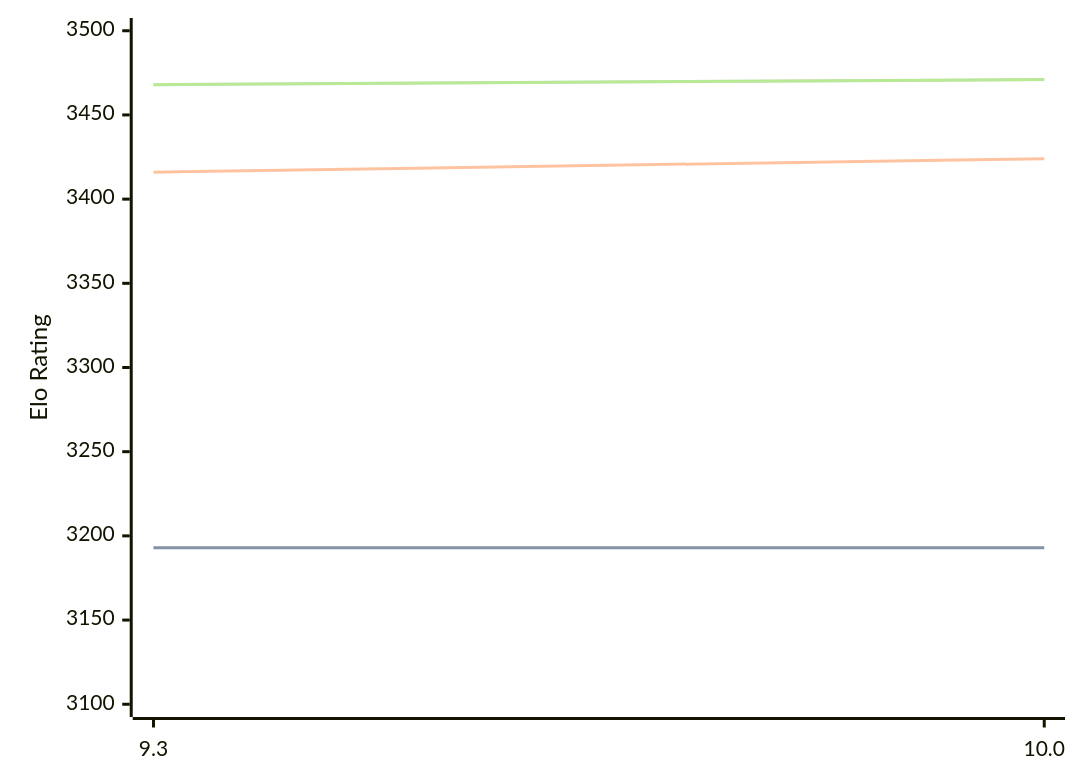
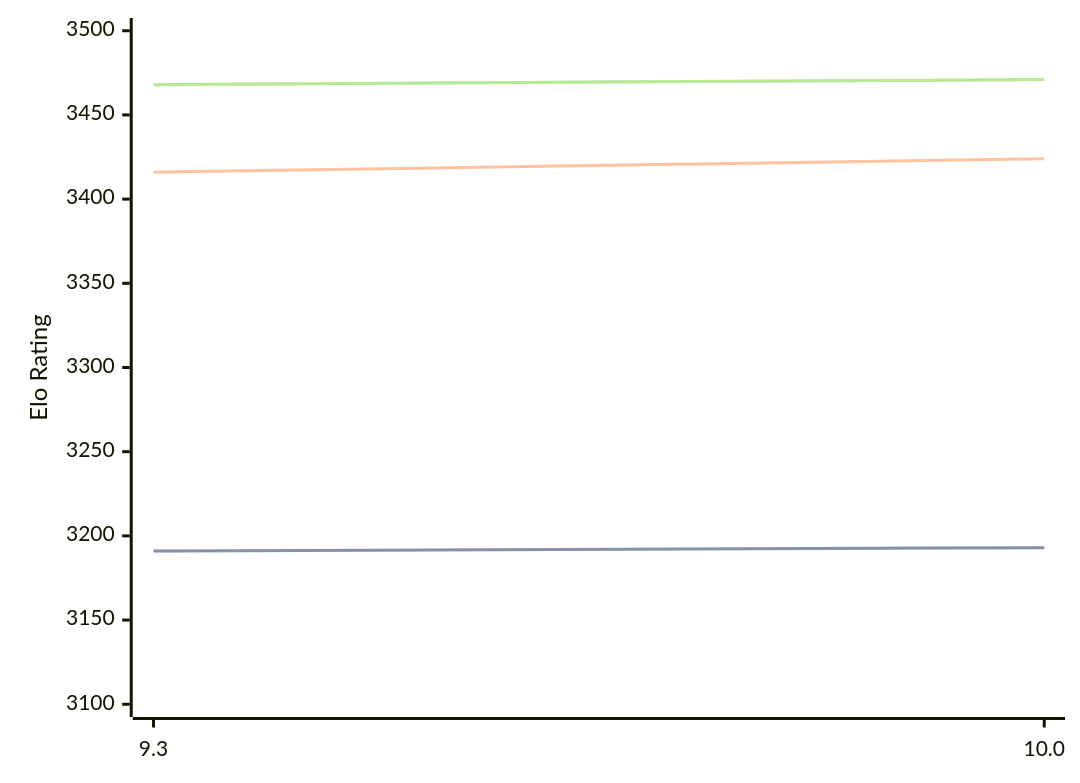
Before and after one commit to computer-chess-index/cci: the diagram in engines/Fire.md, drawn with Mermaid. The commit also changed other lines of this file, not shown here.

````diff
--- a/engines/Fire.md
+++ b/engines/Fire.md
@@ -45,11 +45,11 @@
 ```mermaid
 %%{init: {"theme":"base","themeVariables":{"seriesColors:['#a3a3a3','#222221','#faa371']}}}%%
 xychart-beta
   x-axis ["9.3", "10.0"]
   y-axis "Elo Rating" 3100 --> 3500
-  line "STC (8.0+0.08s)" [3193, 3193]
-  line "STC (8.0+0.08s)" [3193, 3193]
+  line "STC (8.0+0.08s)" [3191, 3193]
+  line "STC (8.0+0.08s)" [3191, 3193]
   line "LTC (60.0+0.60s)" [3416, 3424]
   line "VLTC (2m24s+1.12s)" [3468, 3471]
   line "VLTC (2m24s+1.12s)" [3468, 3471]
 ```
````
